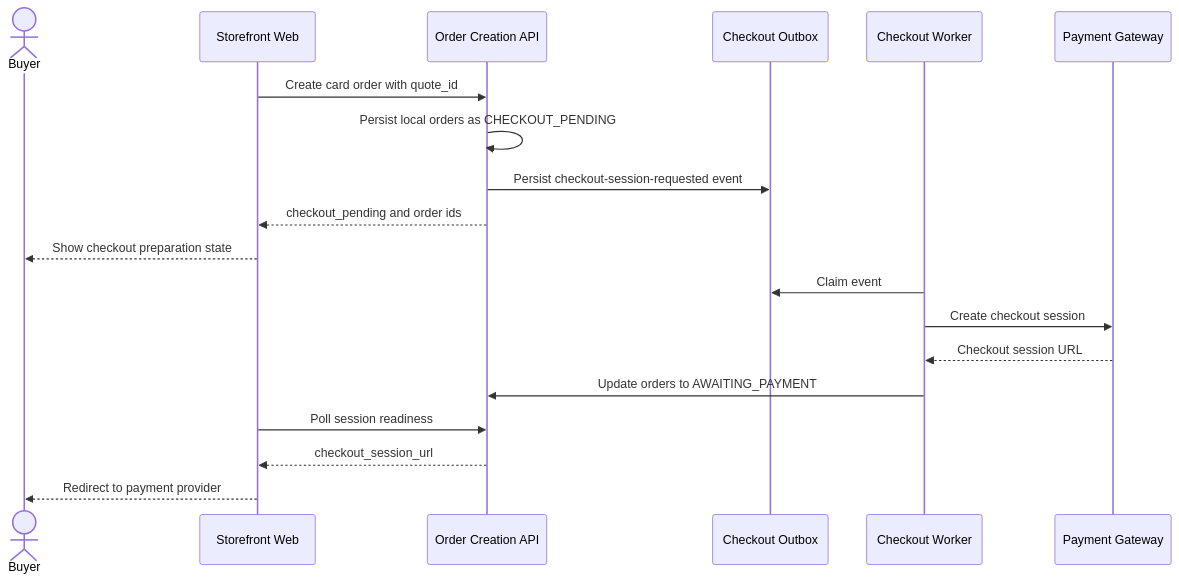
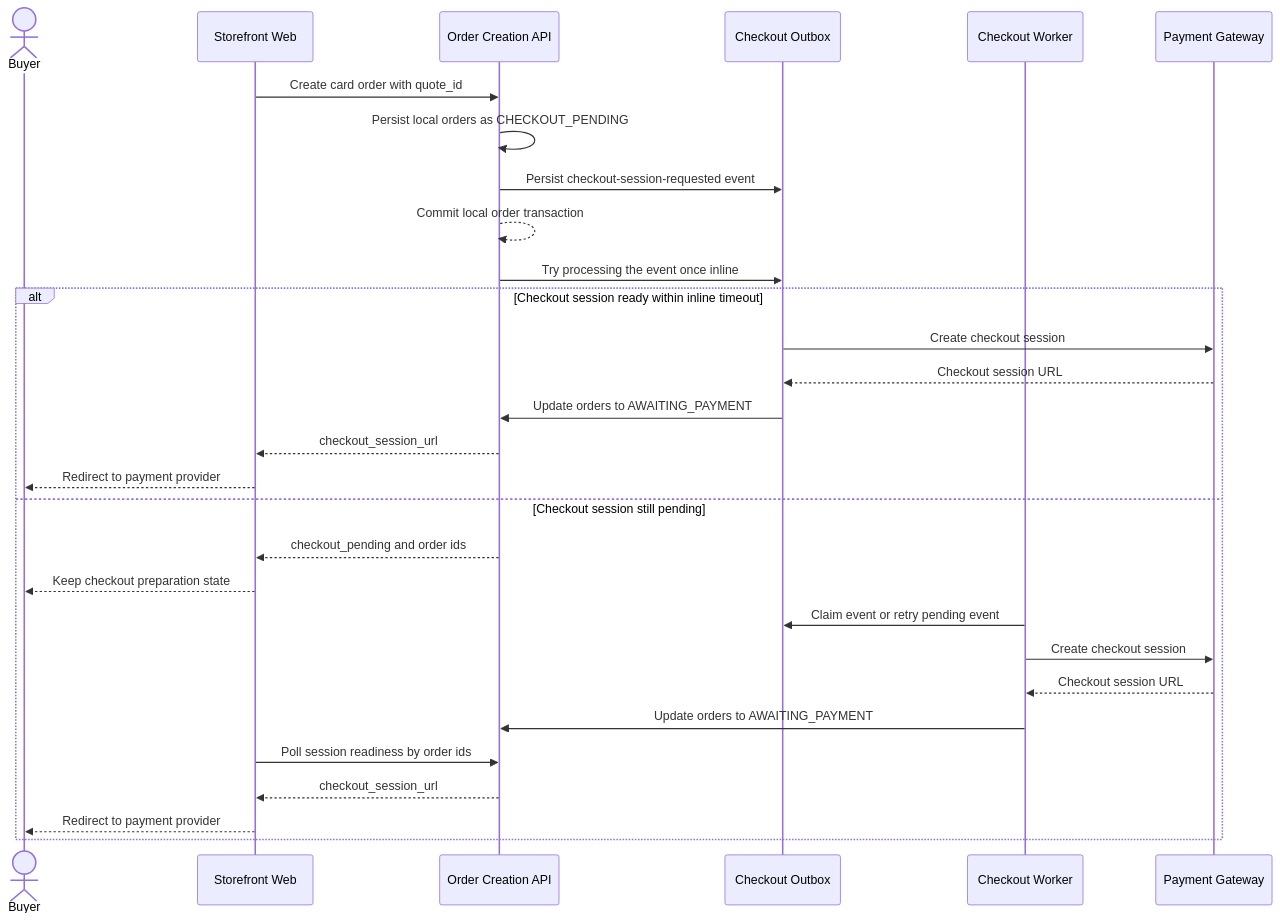
One commit to dauphaihau-arc/arc changed the diagram in docs/features/checkout/flows/target-async-card-checkout.md. Above: the diagram before and after it, drawn with Mermaid. The commit also changed other lines of this file and 2 other files, not shown here.

Commit message:
docs(checkout): document pending card checkout flow

````diff
--- a/docs/features/checkout/flows/target-async-card-checkout.md
+++ b/docs/features/checkout/flows/target-async-card-checkout.md
@@ -5,22 +5,32 @@
 ```mermaid
 sequenceDiagram
     actor Buyer
     participant Web as Storefront Web
     participant Order as Order Creation API
     participant Outbox as Checkout Outbox
     participant Worker as Checkout Worker
     participant Payment as Payment Gateway
 
     Web->>Order: Create card order with quote_id
     Order->>Order: Persist local orders as CHECKOUT_PENDING
     Order->>Outbox: Persist checkout-session-requested event
-    Order-->>Web: checkout_pending and order ids
-    Web-->>Buyer: Show checkout preparation state
-    Worker->>Outbox: Claim event
-    Worker->>Payment: Create checkout session
-    Payment-->>Worker: Checkout session URL
-    Worker->>Order: Update orders to AWAITING_PAYMENT
-    Web->>Order: Poll session readiness
-    Order-->>Web: checkout_session_url
-    Web-->>Buyer: Redirect to payment provider
+    Order-->>Order: Commit local order transaction
+    Order->>Outbox: Try processing the event once inline
+    alt Checkout session ready within inline timeout
+        Outbox->>Payment: Create checkout session
+        Payment-->>Outbox: Checkout session URL
+        Outbox->>Order: Update orders to AWAITING_PAYMENT
+        Order-->>Web: checkout_session_url
+        Web-->>Buyer: Redirect to payment provider
+    else Checkout session still pending
+        Order-->>Web: checkout_pending and order ids
+        Web-->>Buyer: Keep checkout preparation state
+        Worker->>Outbox: Claim event or retry pending event
+        Worker->>Payment: Create checkout session
+        Payment-->>Worker: Checkout session URL
+        Worker->>Order: Update orders to AWAITING_PAYMENT
+        Web->>Order: Poll session readiness by order ids
+        Order-->>Web: checkout_session_url
+        Web-->>Buyer: Redirect to payment provider
+    end
 ```
````
